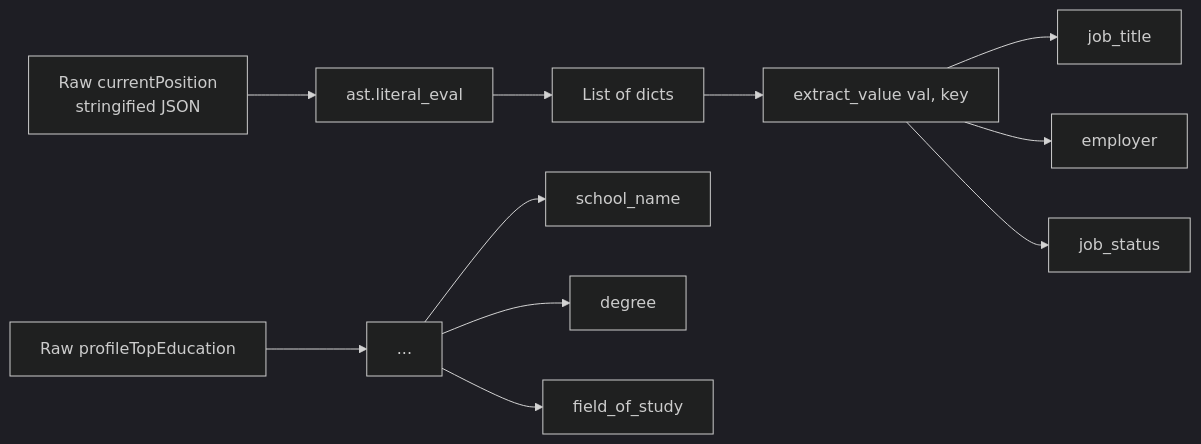
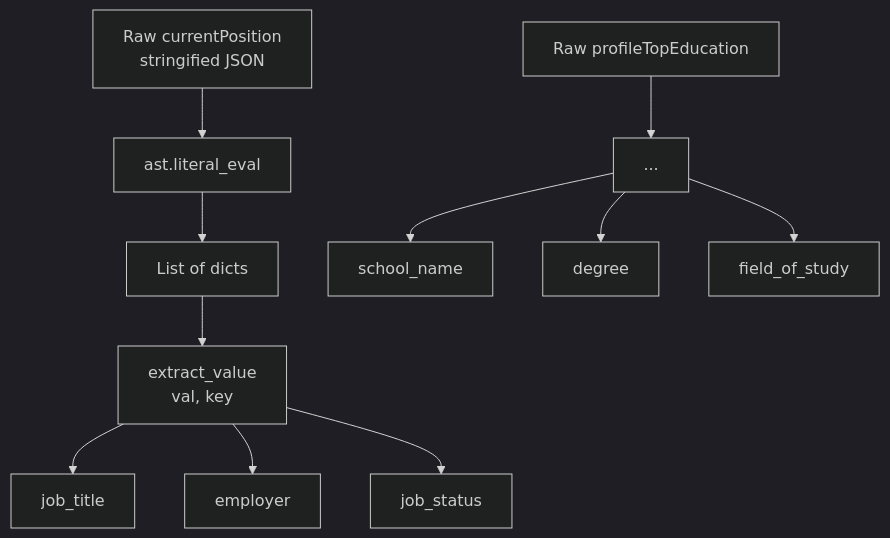
One commit to ZhouLinli/ZhouLinli.github.io changed the sixth of 7 diagrams in _pages/tab1_research/1.1collect/scraping_linkedin.md. Above: the diagram before and after it, drawn with Mermaid (dark theme). The commit also changed other lines of this file and 30 other files, not shown here.

````diff
--- a/_pages/tab1_research/1.1collect/scraping_linkedin.md
+++ b/_pages/tab1_research/1.1collect/scraping_linkedin.md
@@ -244,13 +260,13 @@
 ```mermaid
-flowchart LR
+flowchart TD
     A[Raw currentPosition<br/>stringified JSON] --> B[ast.literal_eval]
     B --> C[List of dicts]
-    C --> D[extract_value val, key]
+    C --> D[extract_value<br/>val, key]
     D --> E[job_title]
     D --> F[employer]
     D --> G[job_status]
     H[Raw profileTopEducation] --> I[...]
     I --> J[school_name]
     I --> K[degree]
     I --> L[field_of_study]
 ```
````
